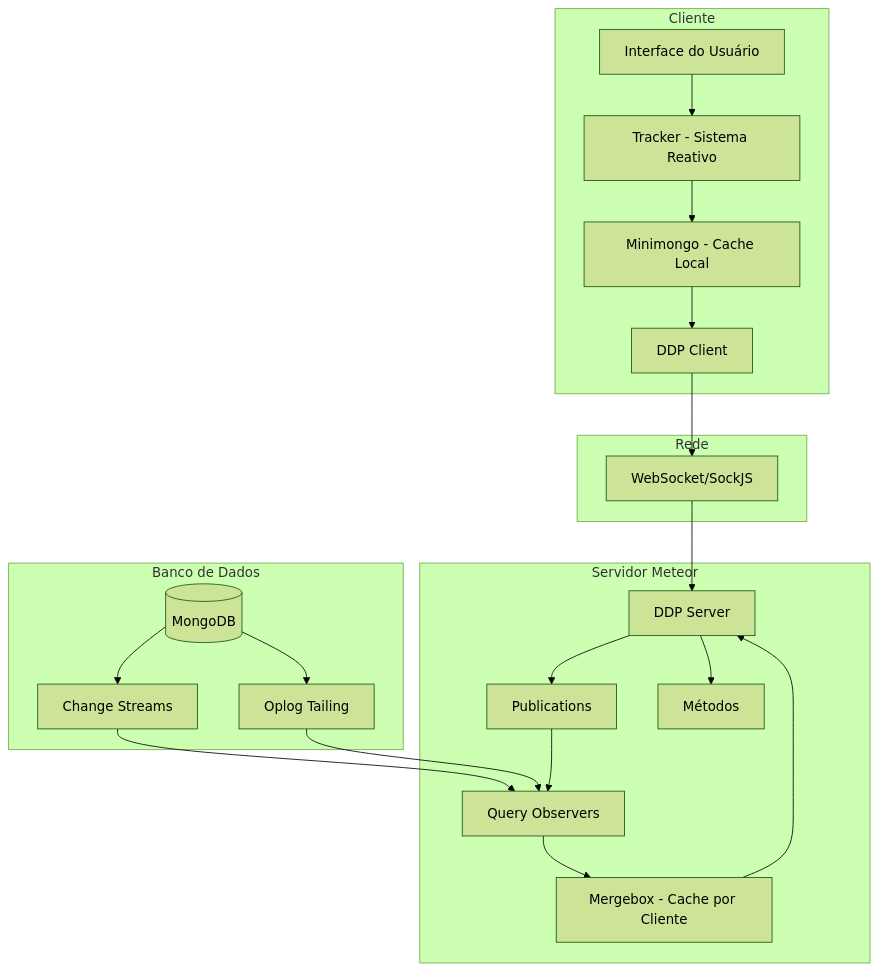
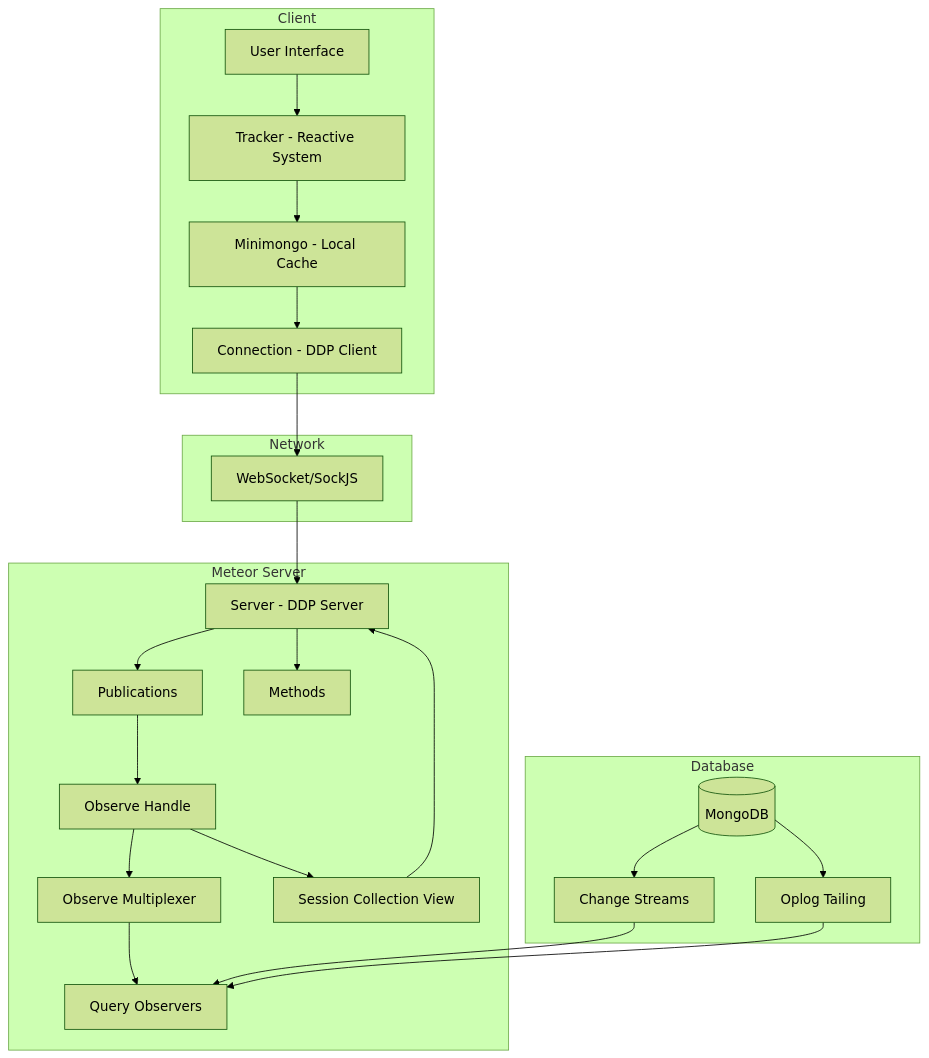
The first of 15 diagrams in readme.md (italojs/ddp-blog-post), drawn with Mermaid (forest theme) before and after one commit. The commit also changed other lines of this file, not shown here.

````diff
--- a/readme.md
+++ b/readme.md
@@ -11,43 +11,47 @@
 ```mermaid
 graph TB
-    subgraph "Cliente"
-        UI[Interface do Usuário]
-        Tracker[Tracker - Sistema Reativo]
-        Minimongo[Minimongo - Cache Local]
-        DDPClient[DDP Client]
+    subgraph "Client"
+        UI[User Interface]
+        Tracker[Tracker - Reactive System]
+        Minimongo[Minimongo - Local Cache]
+        Connection[Connection - DDP Client]
     end
     
-    subgraph "Rede"
+    subgraph "Network"
         WebSocket[WebSocket/SockJS]
     end
     
-    subgraph "Servidor Meteor"
-        DDPServer[DDP Server]
+    subgraph "Meteor Server"
+        Server[Server - DDP Server]
         Publications[Publications]
+        ObserveHandle[Observe Handle]
+        ObserveMultiplexer[Observe Multiplexer]
         Observers[Query Observers]
-        Mergebox[Mergebox - Cache por Cliente]
-        Methods[Métodos]
+        SessionCollectionView[Session Collection View]
+        Methods[Methods]
     end
     
-    subgraph "Banco de Dados"
+    subgraph "Database"
         MongoDB[(MongoDB)]
         ChangeStreams[Change Streams]
         Oplog[Oplog Tailing]
     end
     
     UI --> Tracker
     Tracker --> Minimongo
-    Minimongo --> DDPClient
-    DDPClient --> WebSocket
-    WebSocket --> DDPServer
-    DDPServer --> Publications
-    DDPServer --> Methods
-    Publications --> Observers
-    Observers --> Mergebox
-    Mergebox --> DDPServer
+    Minimongo --> Connection
+    Connection --> WebSocket
+    WebSocket --> Server
+    Server --> Publications
+    Server --> Methods
+    Publications --> ObserveHandle
+    ObserveHandle --> ObserveMultiplexer
+    ObserveMultiplexer --> Observers
+    ObserveHandle --> SessionCollectionView
+    SessionCollectionView --> Server
     
     MongoDB --> ChangeStreams
     MongoDB --> Oplog
     ChangeStreams --> Observers
     Oplog --> Observers
 ```
````
